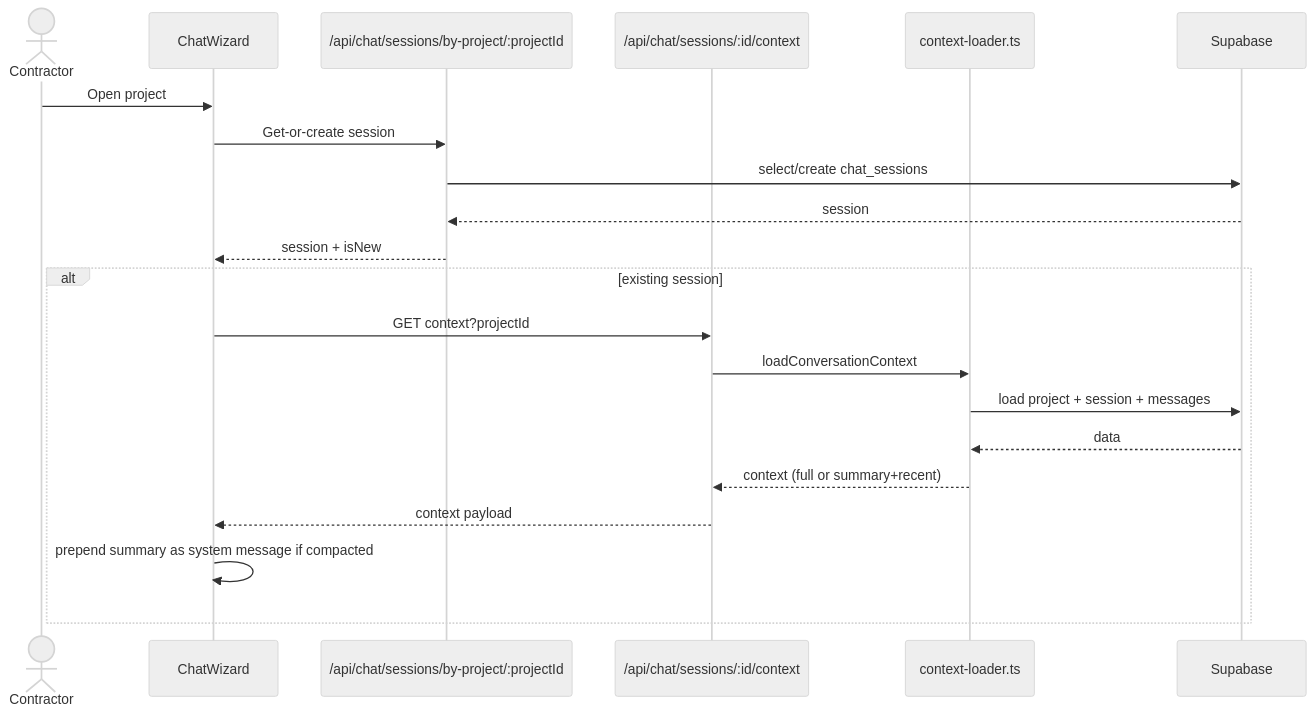
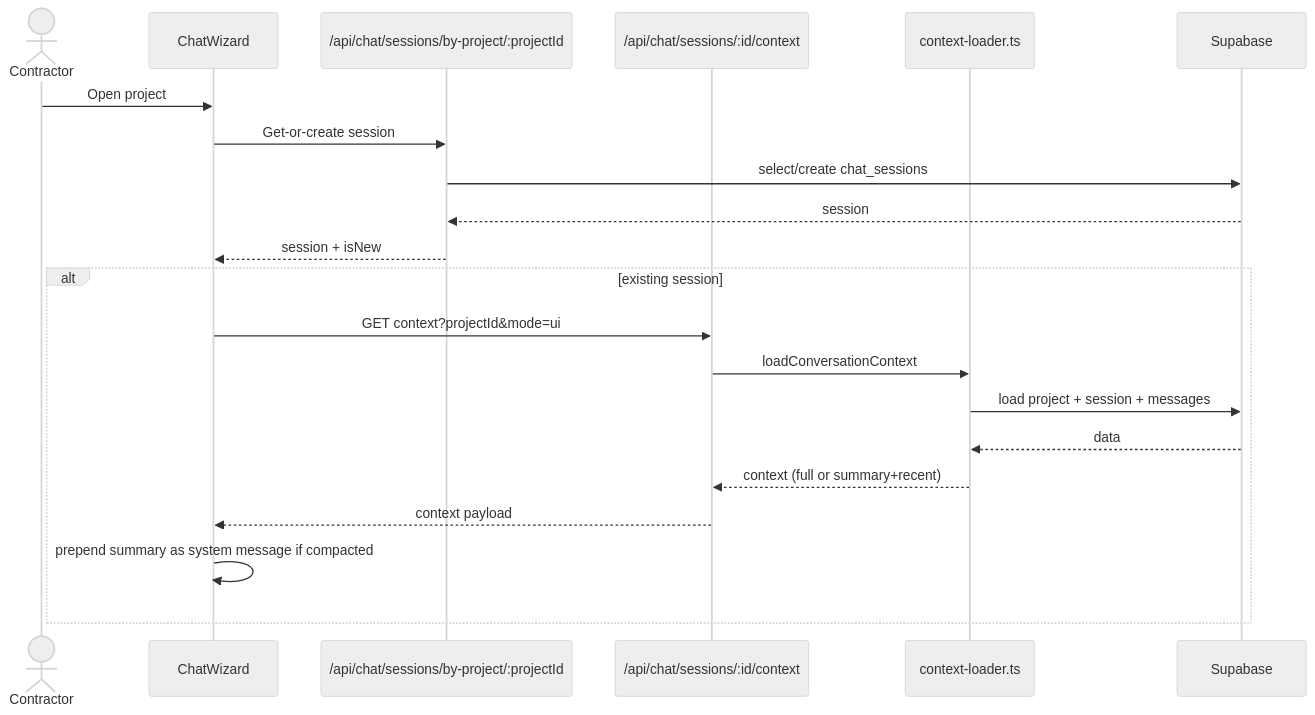
One commit to AaronBakerDev/knearme-platform changed the second of 6 diagrams in docs/09-agent/README.md. Above: the diagram before and after it, drawn with Mermaid (neutral theme). The commit also changed other lines of this file and 160 other files, not shown here.

````diff
--- a/docs/09-agent/README.md
+++ b/docs/09-agent/README.md
@@ -43,25 +78,25 @@
 ```mermaid
 sequenceDiagram
   actor U as Contractor
   participant UI as ChatWizard
   participant S as /api/chat/sessions/by-project/:projectId
   participant C as /api/chat/sessions/:id/context
   participant L as context-loader.ts
   participant DB as Supabase
 
   U->>UI: Open project
   UI->>S: Get-or-create session
   S->>DB: select/create chat_sessions
   DB-->>S: session
   S-->>UI: session + isNew
 
   alt existing session
-    UI->>C: GET context?projectId
+    UI->>C: GET context?projectId&mode=ui
     C->>L: loadConversationContext
     L->>DB: load project + session + messages
     DB-->>L: data
     L-->>C: context (full or summary+recent)
     C-->>UI: context payload
     UI->>UI: prepend summary as system message if compacted
   end
 ```
````
